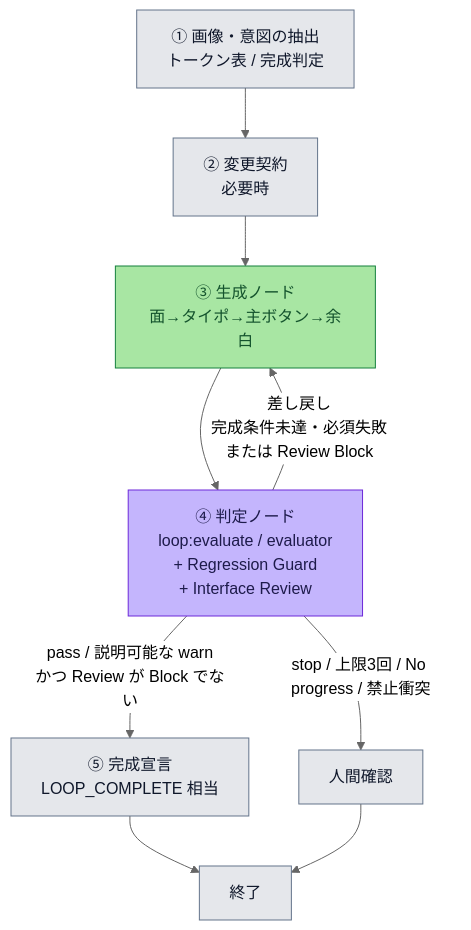
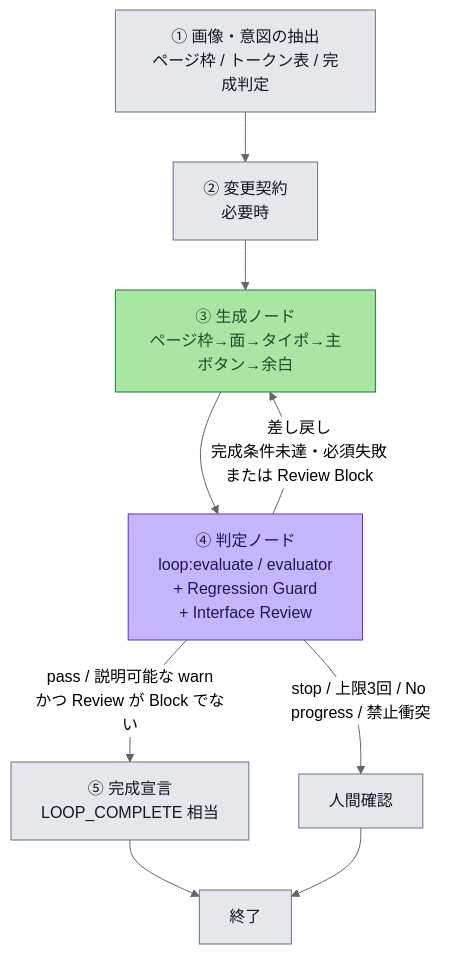
Before and after one commit to nishimura-yuya-git/dentacle: the diagram in loops/graphs/ui-polish.mmd, drawn with Mermaid (neutral theme). The commit also changed 22 other files, not shown here.

```diff
--- a/loops/graphs/ui-polish.mmd
+++ b/loops/graphs/ui-polish.mmd
@@ -1,29 +1,29 @@
 %% UI Polish Loop の外側 Graph（Sequential + 差し戻し）
 %% 正本: loops/goals/ui-polish.md
 %% 凡例:
 %%   灰: 入口・出口・人間確認
 %%   緑: 生成ノード（内側は Loop 型で AI が次手を決める）
 %%   紫: 判定ノード（完成ゲート。遷移は定義済み）
 %% maxIterations: ③→④ の往復は最大 3 回
 
 flowchart TD
-  IN["① 画像・意図の抽出<br/>トークン表 / 完成判定"] --> CONTRACT["② 変更契約<br/>必要時"]
-  CONTRACT --> GEN["③ 生成ノード<br/>面→タイポ→主ボタン→余白"]
+  IN["① 画像・意図の抽出<br/>ページ枠 / トークン表 / 完成判定"] --> CONTRACT["② 変更契約<br/>必要時"]
+  CONTRACT --> GEN["③ 生成ノード<br/>ページ枠→面→タイポ→主ボタン→余白"]
   GEN --> JUDGE["④ 判定ノード<br/>loop:evaluate / evaluator<br/>+ Regression Guard<br/>+ Interface Review"]
 
   JUDGE -->|"pass / 説明可能な warn<br/>かつ Review が Block でない"| DONE["⑤ 完成宣言<br/>LOOP_COMPLETE 相当"]
   JUDGE -->|"差し戻し<br/>完成条件未達・必須失敗<br/>または Review Block"| GEN
   JUDGE -->|"stop / 上限3回 / No progress / 禁止衝突"| HUMAN["人間確認"]
 
   DONE --> OUT["終了"]
   HUMAN --> OUT
 
   classDef entry fill:#e5e7eb,stroke:#64748b,color:#0f172a
   classDef gen fill:#a8e6a3,stroke:#15803d,color:#14532d
   classDef judge fill:#c4b5fd,stroke:#6d28d9,color:#1e1b4b
   classDef exit fill:#e5e7eb,stroke:#64748b,color:#0f172a
 
   class IN,CONTRACT,OUT entry
   class GEN gen
   class JUDGE judge
   class DONE,HUMAN exit
```
